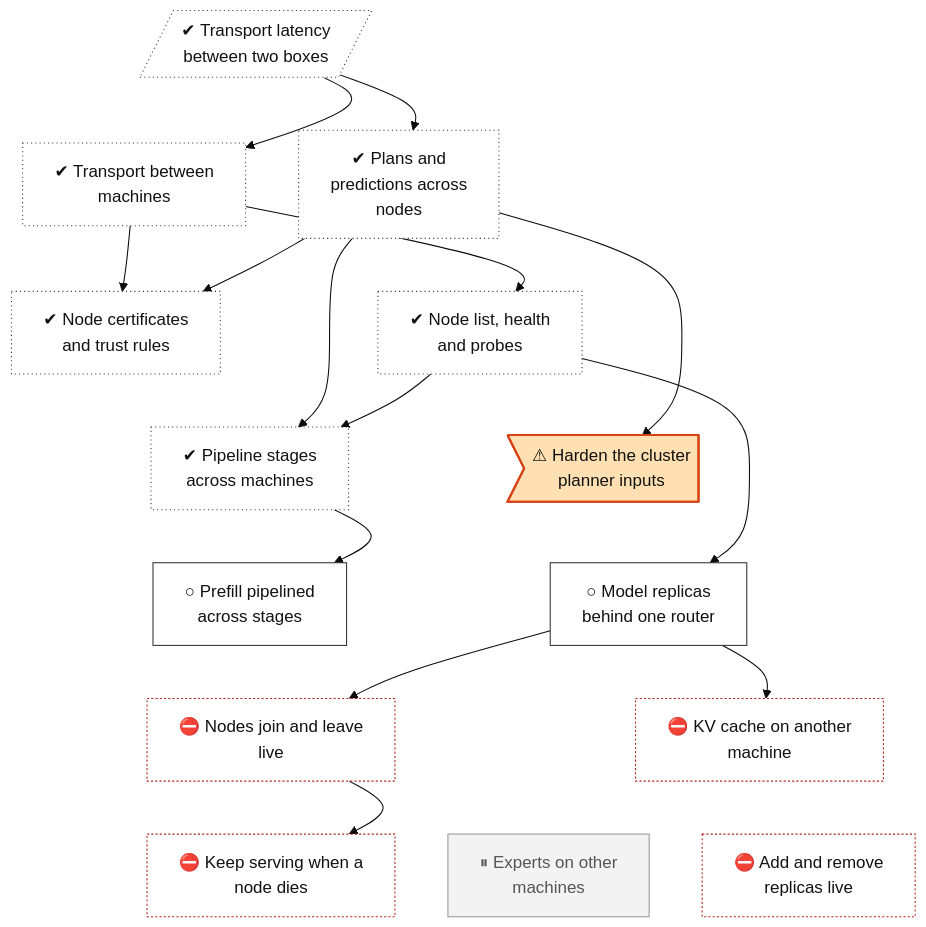
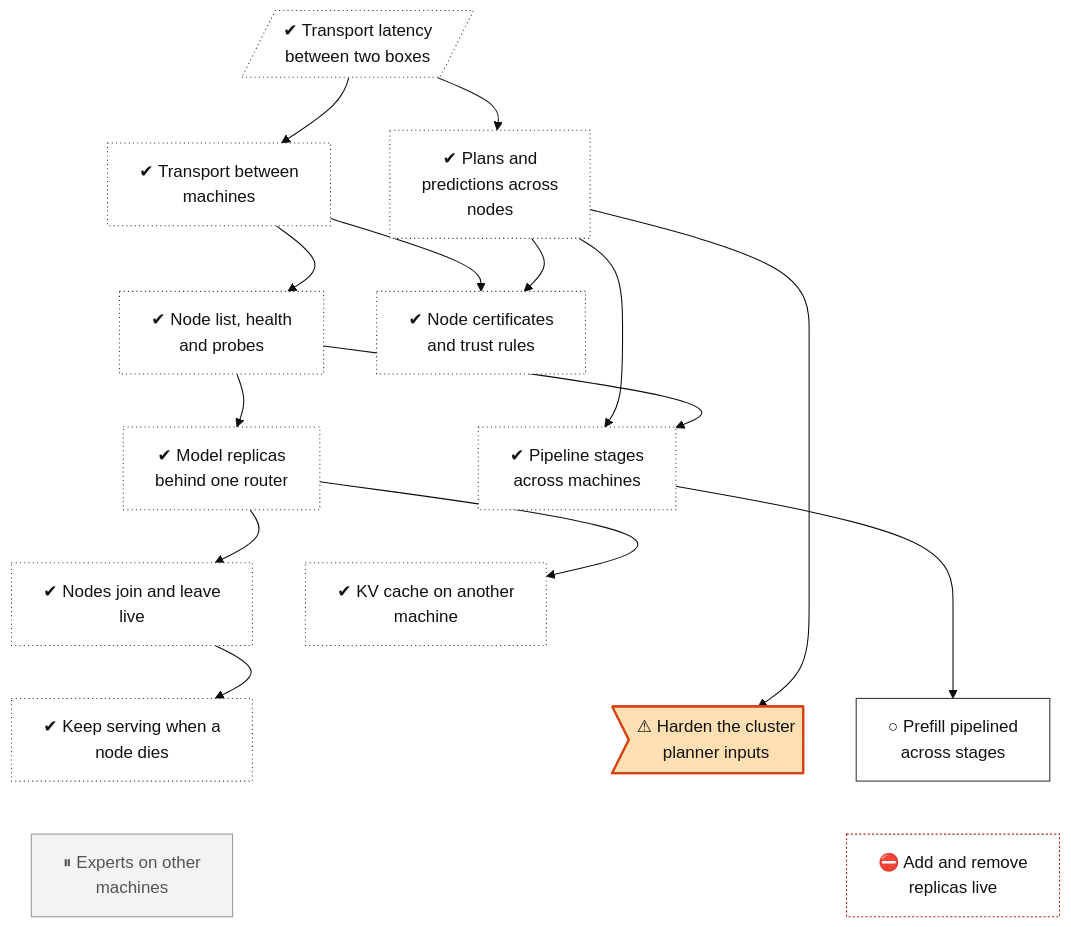
One commit to lhns/tetraeder changed the diagram in docs/roadmap/tracks/cluster.md. Above: the diagram before and after it, drawn with Mermaid (base theme). The commit also changed other lines of this file and 4 other files, not shown here.

Commit message:
Phase 6 step 5, ADR 0091: History of step 5 with the CI lines, nodes cluster-replicas, cluster-join-leave, cluster-failover and cluster-remote-kv done; not measured

````diff
--- a/docs/roadmap/tracks/cluster.md
+++ b/docs/roadmap/tracks/cluster.md
@@ -10,62 +10,63 @@
 ```mermaid
 flowchart TB
     cluster_transport_wan[/"✔ Transport latency<br/>between two boxes"/]
     cluster_transport["✔ Transport between<br/>machines"]
     cluster_planner["✔ Plans and<br/>predictions across<br/>nodes"]
     cluster_mtls["✔ Node certificates<br/>and trust rules"]
     cluster_discovery["✔ Node list, health<br/>and probes"]
     cluster_pipeline_nodes["✔ Pipeline stages<br/>across machines"]
+    cluster_replicas["✔ Model replicas<br/>behind one router"]
+    cluster_join_leave["✔ Nodes join and leave<br/>live"]
+    cluster_remote_kv["✔ KV cache on another<br/>machine"]
+    cluster_failover["✔ Keep serving when a<br/>node dies"]
     cluster_planner_hardening>"⚠ Harden the cluster<br/>planner inputs"]
     cluster_pipeline_prefill["○ Prefill pipelined<br/>across stages"]
-    cluster_replicas["○ Model replicas<br/>behind one router"]
-    cluster_join_leave["⛔ Nodes join and leave<br/>live"]
-    cluster_remote_kv["⛔ KV cache on another<br/>machine"]
-    cluster_failover["⛔ Keep serving when a<br/>node dies"]
     cluster_experts_nodes["⏸ Experts on other<br/>machines"]
     cluster_replica_scaling["⛔ Add and remove<br/>replicas live"]
     cluster_transport_wan ~~~ cluster_transport
     cluster_transport_wan ~~~ cluster_planner
     cluster_transport ~~~ cluster_mtls
     cluster_planner ~~~ cluster_discovery
     cluster_mtls ~~~ cluster_pipeline_nodes
-    cluster_discovery ~~~ cluster_planner_hardening
-    cluster_pipeline_nodes ~~~ cluster_pipeline_prefill
-    cluster_planner_hardening ~~~ cluster_replicas
-    cluster_pipeline_prefill ~~~ cluster_join_leave
+    cluster_discovery ~~~ cluster_replicas
+    cluster_pipeline_nodes ~~~ cluster_join_leave
     cluster_replicas ~~~ cluster_remote_kv
     cluster_join_leave ~~~ cluster_failover
-    cluster_remote_kv ~~~ cluster_experts_nodes
-    cluster_remote_kv ~~~ cluster_replica_scaling
+    cluster_remote_kv ~~~ cluster_planner_hardening
+    cluster_remote_kv ~~~ cluster_pipeline_prefill
+    cluster_failover ~~~ cluster_experts_nodes
+    cluster_planner_hardening ~~~ cluster_replica_scaling
+    cluster_pipeline_prefill ~~~ cluster_replica_scaling
     cluster_transport_wan --> cluster_transport
     cluster_transport_wan --> cluster_planner
     cluster_transport --> cluster_mtls
     cluster_planner --> cluster_mtls
     cluster_transport --> cluster_discovery
     cluster_planner --> cluster_pipeline_nodes
     cluster_discovery --> cluster_pipeline_nodes
-    cluster_planner --> cluster_planner_hardening
-    cluster_pipeline_nodes --> cluster_pipeline_prefill
     cluster_discovery --> cluster_replicas
     cluster_replicas --> cluster_join_leave
     cluster_replicas --> cluster_remote_kv
     cluster_join_leave --> cluster_failover
+    cluster_planner --> cluster_planner_hardening
+    cluster_pipeline_nodes --> cluster_pipeline_prefill
     classDef vsucc fill:#2e9e4f,stroke:#1b6b34,color:#fff
     classDef succ fill:#bfe8c8,stroke:#2e9e4f,color:#111
     classDef mixed fill:#ffd37a,stroke:#c98a00,color:#111
     classDef bad fill:#f28b82,stroke:#b3261e,color:#111
     classDef dead fill:#e6e6e6,stroke:#777,stroke-dasharray:5 5,color:#555
     classDef inprog fill:#a8cdf5,stroke:#1f6fc5,color:#111
     classDef next fill:#fff,stroke:#333,color:#111
     classDef blocked fill:#fff,stroke:#b3261e,stroke-dasharray:2 2,color:#111
     classDef parked fill:#f3f3f3,stroke:#999,color:#555
     classDef unrated fill:#fff,stroke:#333,stroke-dasharray:1 3,color:#111
     classDef gate fill:#d9c2f0,stroke:#7b3fb5,color:#111
     classDef decided fill:#ece0f7,stroke:#7b3fb5,stroke-dasharray:2 2,color:#111
     classDef finding fill:#ffe0b2,stroke:#d84315,stroke-width:2px,color:#111
     classDef waiting fill:#e3f2fd,stroke:#1f6fc5,stroke-dasharray:5 5,color:#111
-    class cluster_transport_wan,cluster_transport,cluster_planner,cluster_mtls,cluster_discovery,cluster_pipeline_nodes unrated
+    class cluster_transport_wan,cluster_transport,cluster_planner,cluster_mtls,cluster_discovery,cluster_pipeline_nodes,cluster_replicas,cluster_join_leave,cluster_remote_kv,cluster_failover unrated
     class cluster_planner_hardening finding
-    class cluster_pipeline_prefill,cluster_replicas next
-    class cluster_join_leave,cluster_remote_kv,cluster_failover,cluster_replica_scaling blocked
+    class cluster_pipeline_prefill next
     class cluster_experts_nodes parked
+    class cluster_replica_scaling blocked
 ```
````
